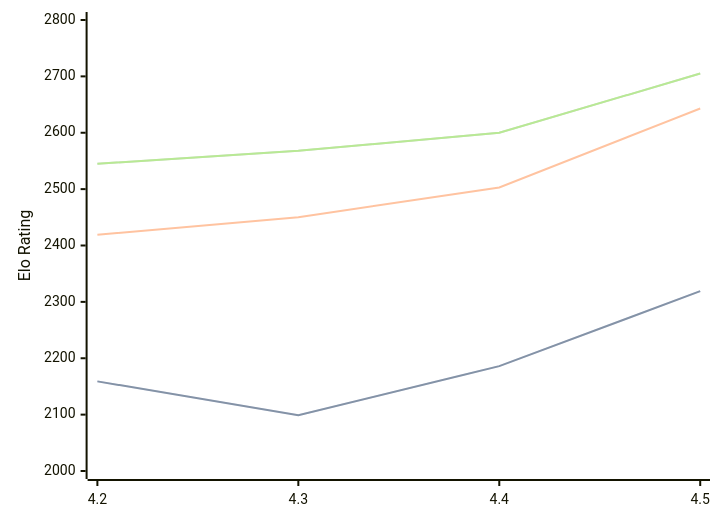
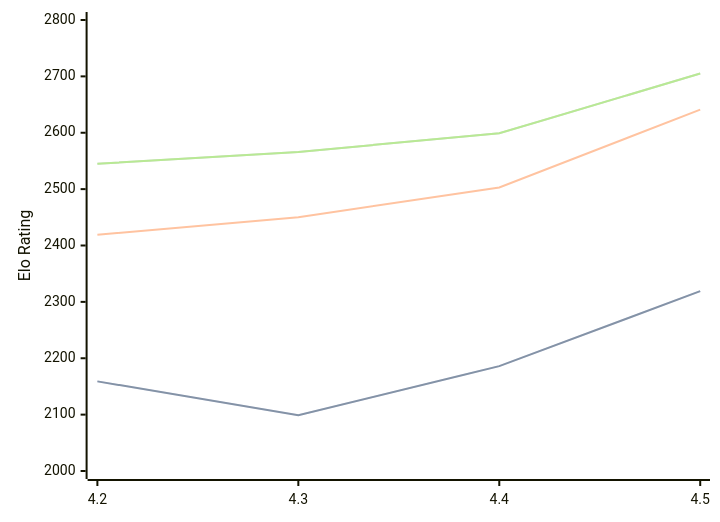
The diagram in engines/Eubos.md (computer-chess-index/cci), drawn with Mermaid before and after one commit. The commit also changed other lines of this file, not shown here.

Commit message:
Update CCI Ratings (ELO VLTC) - 2026-08-28

````diff
--- a/engines/Eubos.md
+++ b/engines/Eubos.md
@@ -34,11 +34,11 @@
 ```mermaid
 %%{init: {"theme":"base","themeVariables":{"seriesColors:['#a3a3a3','#222221','#faa371']}}}%%
 xychart-beta
   x-axis ["4.2", "4.3", "4.4", "4.5"]
   y-axis "Elo Rating" 2000 --> 2800
   line "" [2159, 2099, 2186, 2319]
   line "STC (8.0+0.08s)" [2159, 2099, 2186, 2319]
-  line "LTC (60.0+0.60s)" [2419, 2450, 2503, 2643]
-  line "" [2545, 2568, 2600, 2705]
-  line "VLTC (2m24s+1.12s)" [2545, 2568, 2600, 2705]
+  line "LTC (60.0+0.60s)" [2419, 2450, 2503, 2641]
+  line "" [2545, 2566, 2599, 2705]
+  line "VLTC (2m24s+1.12s)" [2545, 2566, 2599, 2705]
 ```
````
